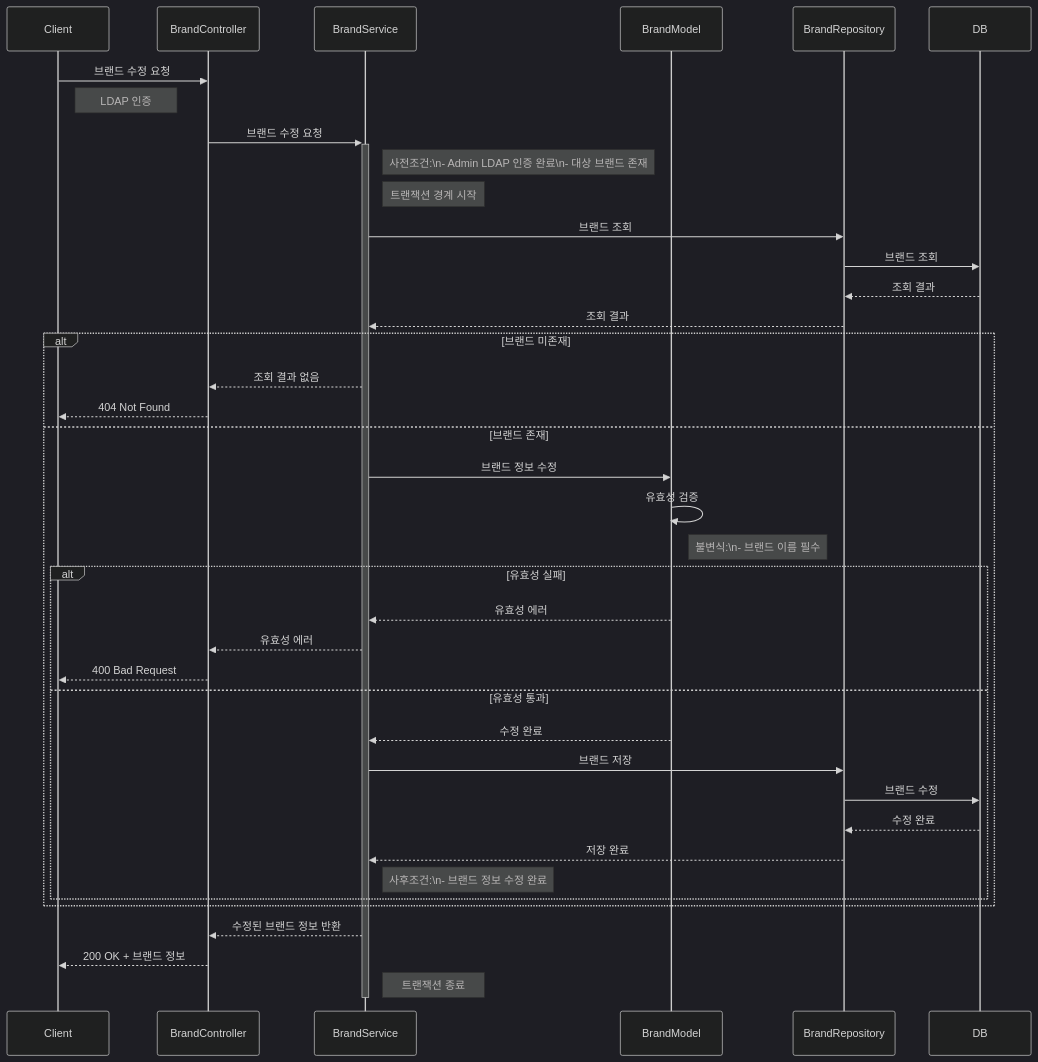
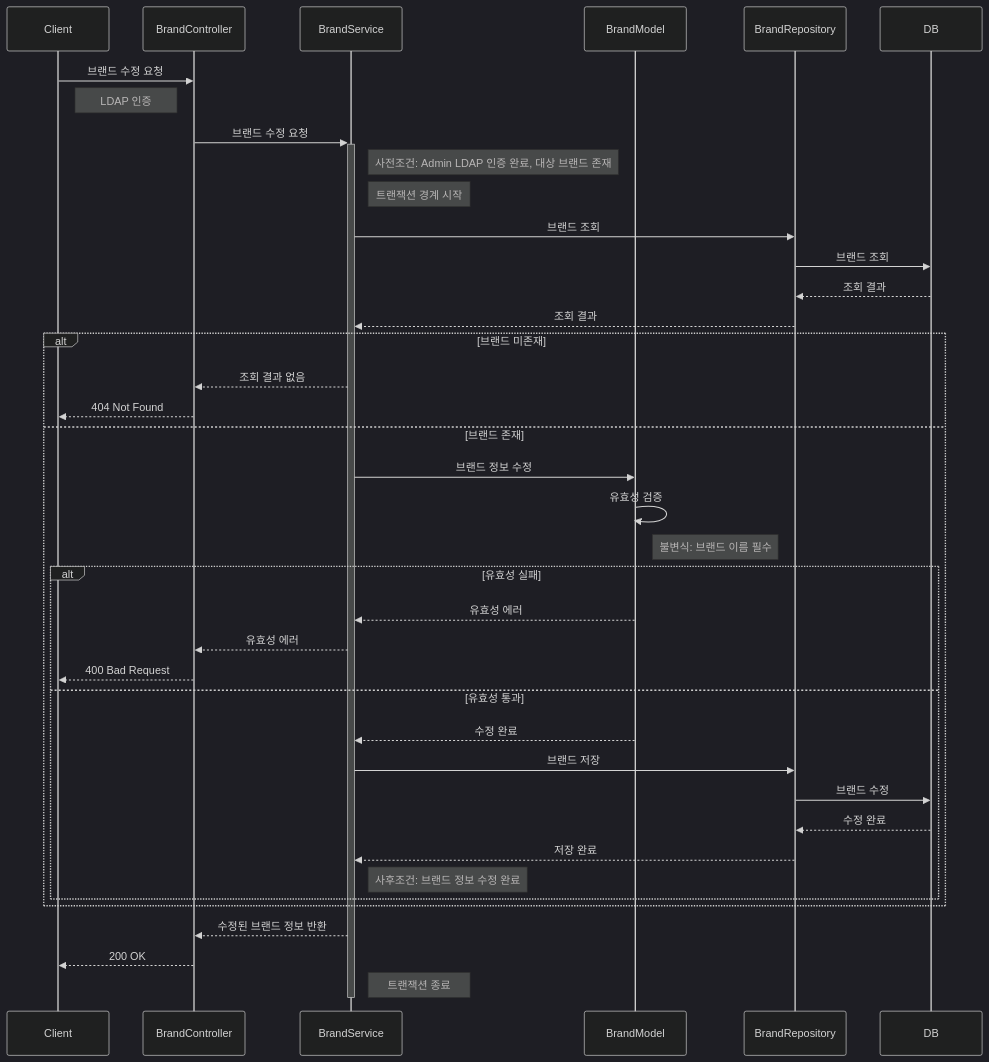
The fifth of 22 diagrams in docs/design/02-sequence-diagrams.md (Loopers-dev-lab/loop-pack-be-l2-vol3-kotlin), drawn with Mermaid (dark theme) before and after one commit. The commit also changed other lines of this file, not shown here.

Commit message:
docs(design): 시퀀스 다이어그램 줄바꿈 제거

````diff
--- a/docs/design/02-sequence-diagrams.md
+++ b/docs/design/02-sequence-diagrams.md
@@ -151,50 +151,50 @@
 ```mermaid
 sequenceDiagram
     participant Client
     participant BrandController
     participant BrandService
     participant BrandModel
     participant BrandRepository
     participant DB
 
     Client->>BrandController: 브랜드 수정 요청
     Note right of Client: LDAP 인증
     BrandController->>+BrandService: 브랜드 수정 요청
 
-    Note right of BrandService: 사전조건:\n- Admin LDAP 인증 완료\n- 대상 브랜드 존재
+    Note right of BrandService: 사전조건: Admin LDAP 인증 완료, 대상 브랜드 존재
     Note right of BrandService: 트랜잭션 경계 시작
 
     BrandService->>BrandRepository: 브랜드 조회
     BrandRepository->>DB: 브랜드 조회
     DB-->>BrandRepository: 조회 결과
     BrandRepository-->>BrandService: 조회 결과
 
     alt 브랜드 미존재
         BrandService-->>BrandController: 조회 결과 없음
         BrandController-->>Client: 404 Not Found
     else 브랜드 존재
         BrandService->>BrandModel: 브랜드 정보 수정
         BrandModel->>BrandModel: 유효성 검증
-        Note right of BrandModel: 불변식:\n- 브랜드 이름 필수
+        Note right of BrandModel: 불변식: 브랜드 이름 필수
 
         alt 유효성 실패
             BrandModel-->>BrandService: 유효성 에러
             BrandService-->>BrandController: 유효성 에러
             BrandController-->>Client: 400 Bad Request
         else 유효성 통과
             BrandModel-->>BrandService: 수정 완료
             BrandService->>BrandRepository: 브랜드 저장
             BrandRepository->>DB: 브랜드 수정
             DB-->>BrandRepository: 수정 완료
             BrandRepository-->>BrandService: 저장 완료
 
-            Note right of BrandService: 사후조건:\n- 브랜드 정보 수정 완료
+            Note right of BrandService: 사후조건: 브랜드 정보 수정 완료
         end
     end
 
     BrandService-->>BrandController: 수정된 브랜드 정보 반환
-    BrandController-->>Client: 200 OK + 브랜드 정보
+    BrandController-->>Client: 200 OK
 
     Note right of BrandService: 트랜잭션 종료
     deactivate BrandService
 ```
````
